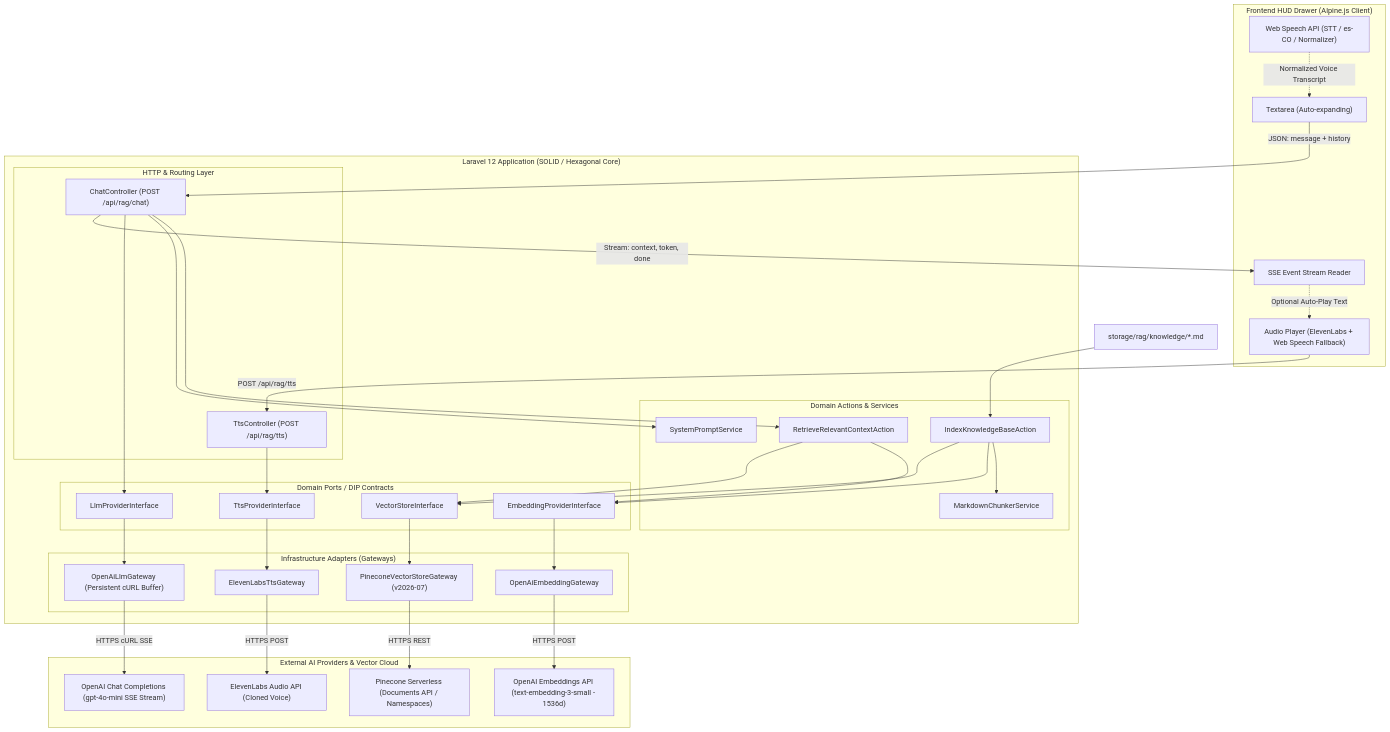
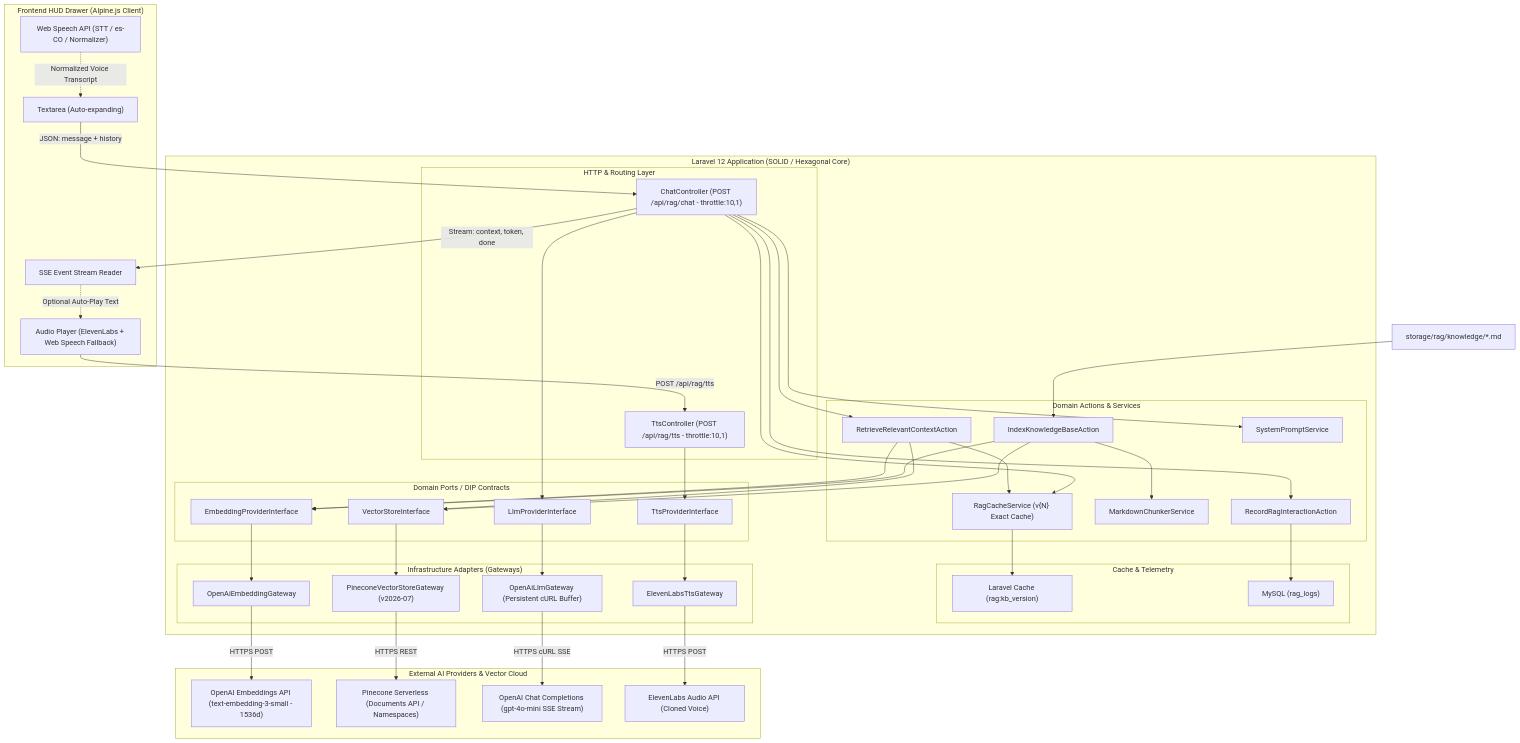
Before and after one commit to MoisesCorcho/mcp-portfolio: the diagram in README.md, drawn with Mermaid. The commit also changed other lines of this file and 1 other file, not shown here.

Commit message:
docs(rag): synchronize README and didactic guide with current RAG pipeline

```diff
--- a/README.md
+++ b/README.md
@@ -95,15 +105,22 @@
 
     subgraph BACKEND["Laravel 12 Application (SOLID / Hexagonal Core)"]
         subgraph HTTP_LAYER["HTTP & Routing Layer"]
-            CTRL_CHAT["ChatController (POST /api/rag/chat)"]
-            CTRL_TTS["TtsController (POST /api/rag/tts)"]
+            CTRL_CHAT["ChatController (POST /api/rag/chat - throttle:10,1)"]
+            CTRL_TTS["TtsController (POST /api/rag/tts - throttle:10,1)"]
         end
 
         subgraph ACTIONS_LAYER["Domain Actions & Services"]
             ACT_INDEX["IndexKnowledgeBaseAction"]
             ACT_RETRIEVE["RetrieveRelevantContextAction"]
+            ACT_LOG["RecordRagInteractionAction"]
             SRV_CHUNKER["MarkdownChunkerService"]
+            SRV_CACHE["RagCacheService (v{N} Exact Cache)"]
             SRV_PROMPT["SystemPromptService"]
+        end
+
+        subgraph PERSISTENCE_LAYER["Cache & Telemetry"]
+            CACHE_STORE["Laravel Cache (rag:kb_version)"]
+            DB_LOGS["MySQL (rag_logs)"]
         end
 
         subgraph CONTRACTS_LAYER["Domain Ports / DIP Contracts"]
@@ -137,11 +154,16 @@
     %% Real-Time Chat Query Pipeline
     UI_MIC -.->|Normalized Voice Transcript| UI_INPUT
     UI_INPUT -->|JSON: message + history| CTRL_CHAT
+    CTRL_CHAT --> SRV_CACHE
+    SRV_CACHE --> CACHE_STORE
     CTRL_CHAT --> ACT_RETRIEVE
+    ACT_RETRIEVE --> SRV_CACHE
     ACT_RETRIEVE --> INT_EMBED
     ACT_RETRIEVE --> INT_VECTOR
     CTRL_CHAT --> SRV_PROMPT
     CTRL_CHAT --> INT_LLM
+    CTRL_CHAT --> ACT_LOG
+    ACT_LOG --> DB_LOGS
     CTRL_CHAT -->|Stream: context, token, done| UI_SSE
     UI_SSE -.->|Optional Auto-Play Text| UI_AUDIO
 
```
